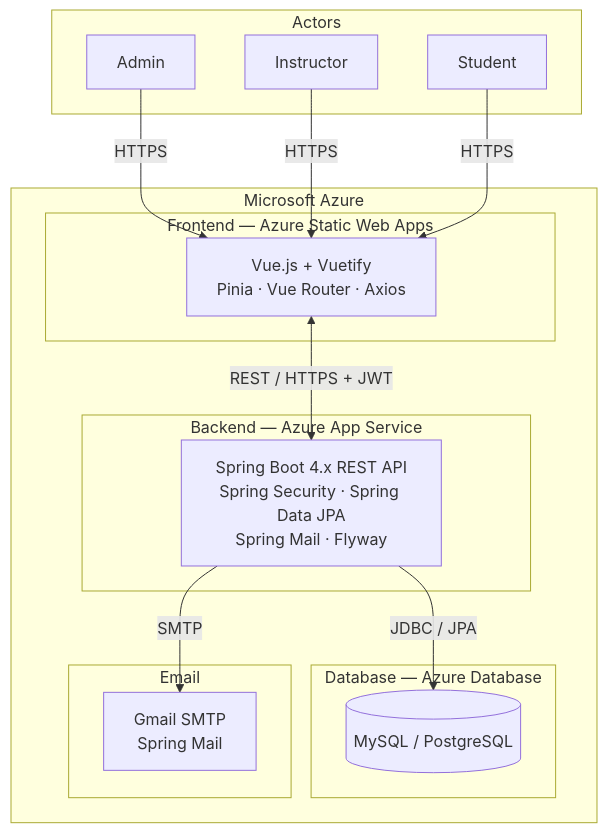
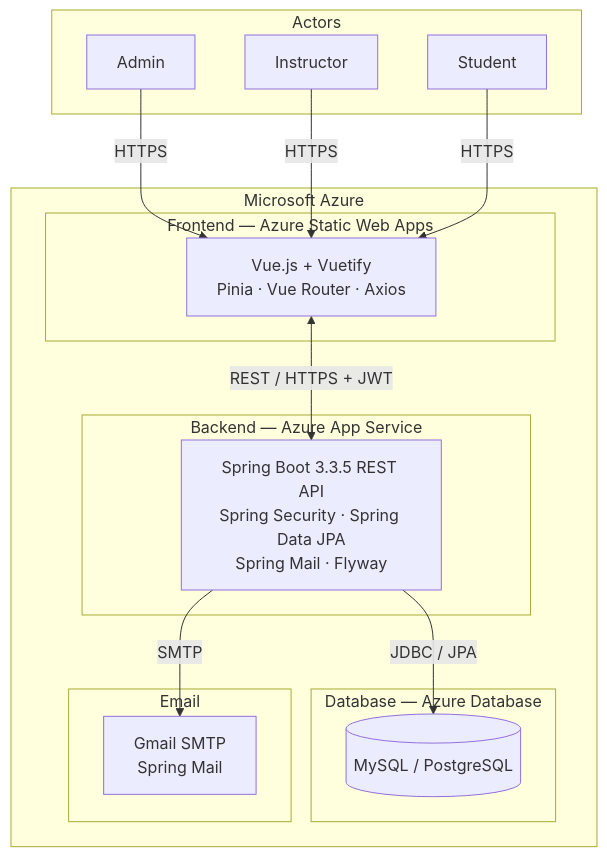
Before and after one commit to kayleechristine/project-pulse: the first of 2 diagrams in docs/architecture.md, drawn with Mermaid. The commit also changed other lines of this file, not shown here.

Commit message:
update architecture file to reflect actual structure

````diff
--- a/docs/architecture.md
+++ b/docs/architecture.md
@@ -13,35 +13,35 @@
 ```mermaid
 flowchart TD
     subgraph Actors
         A1[Admin]
         A2[Instructor]
         A3[Student]
     end
 
     subgraph Azure["Microsoft Azure"]
         subgraph FE["Frontend — Azure Static Web Apps"]
             VUE["Vue.js + Vuetify\nPinia · Vue Router · Axios"]
         end
 
         subgraph BE["Backend — Azure App Service"]
-            API["Spring Boot 4.x REST API\nSpring Security · Spring Data JPA\nSpring Mail · Flyway"]
+            API["Spring Boot 3.3.5 REST API\nSpring Security · Spring Data JPA\nSpring Mail · Flyway"]
         end
 
         subgraph DB["Database — Azure Database"]
             DATABASE[("MySQL / PostgreSQL")]
         end
 
         subgraph EMAIL["Email"]
             MAIL["Gmail SMTP\nSpring Mail"]
         end
     end
 
     A1 -->|HTTPS| VUE
     A2 -->|HTTPS| VUE
     A3 -->|HTTPS| VUE
 
     VUE <-->|REST / HTTPS + JWT| API
 
     API -->|JDBC / JPA| DATABASE
     API -->|SMTP| MAIL
 ```
````
